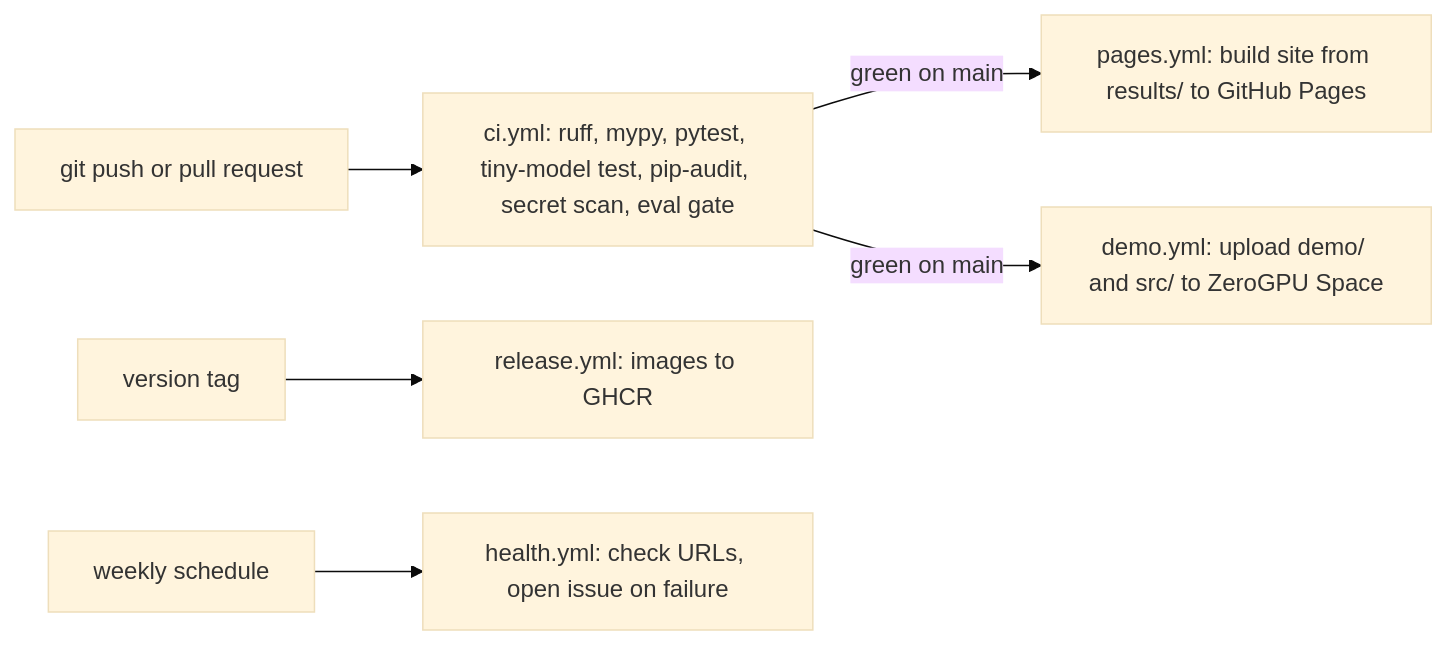
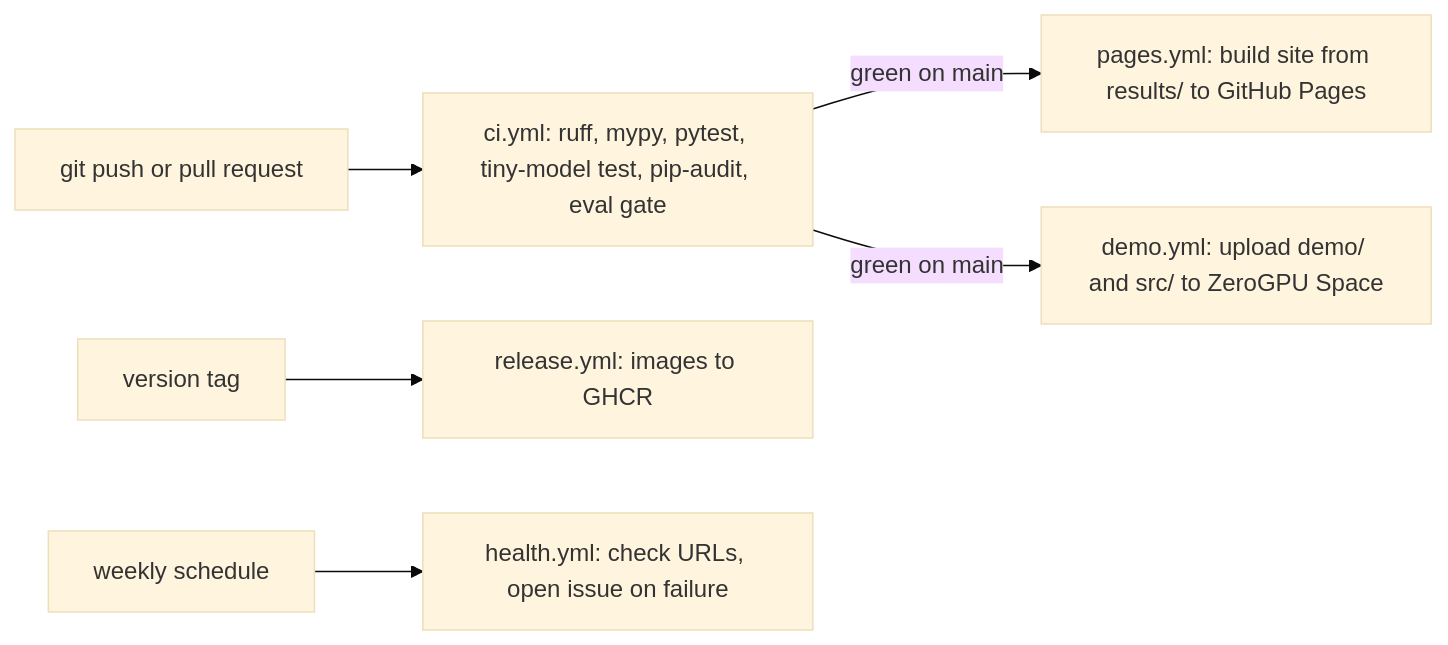
One commit to mdu-ai-lab/multiagent-ai-lab changed the diagram in docs/10-deployment-and-operations/ci-cd-pipeline.md. Above: the diagram before and after it, drawn with Mermaid (base theme). The commit also changed other lines of this file and 11 other files, not shown here.

````diff
--- a/docs/10-deployment-and-operations/ci-cd-pipeline.md
+++ b/docs/10-deployment-and-operations/ci-cd-pipeline.md
@@ -13,8 +13,8 @@
 ```mermaid
 flowchart LR
-  P[git push or pull request] --> CI[ci.yml: ruff, mypy, pytest, tiny-model test, pip-audit, secret scan, eval gate]
+  P[git push or pull request] --> CI[ci.yml: ruff, mypy, pytest, tiny-model test, pip-audit, eval gate]
   CI -->|green on main| PG[pages.yml: build site from results/ to GitHub Pages]
   CI -->|green on main| DM[demo.yml: upload demo/ and src/ to ZeroGPU Space]
   T[version tag] --> RL[release.yml: images to GHCR]
   W[weekly schedule] --> HC[health.yml: check URLs, open issue on failure]
 ```
````
